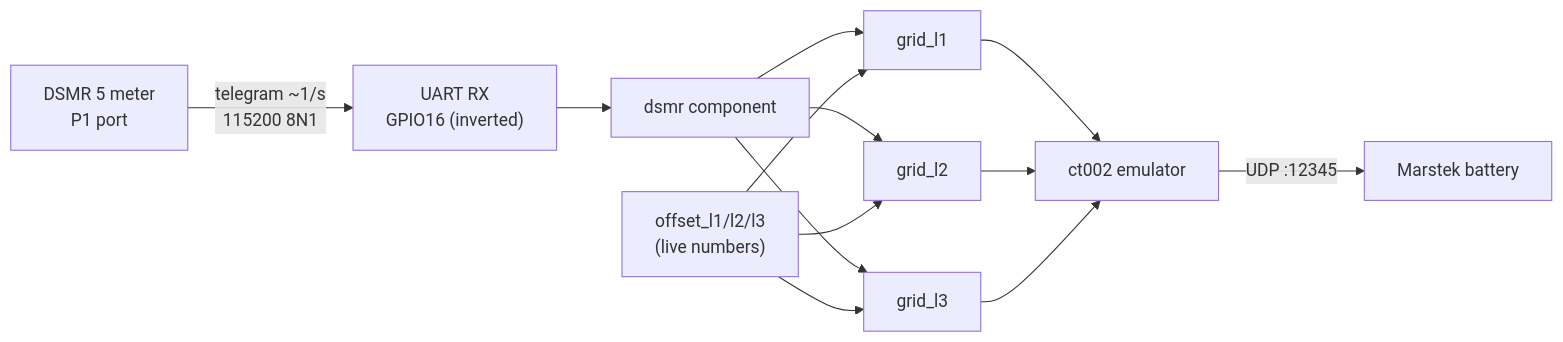
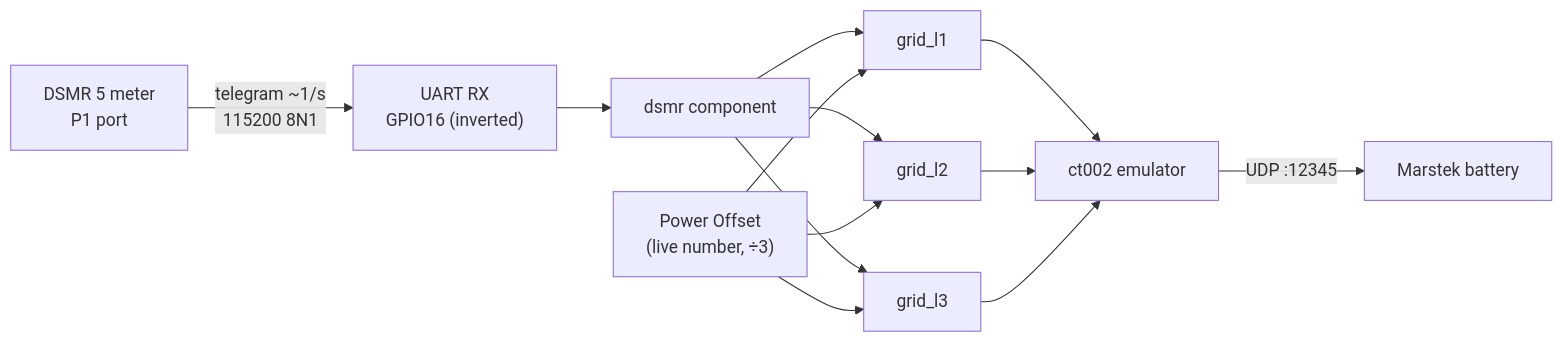
Before and after one commit to Maart3nL/esphome-astrameter-dsmr: the first of 2 diagrams in README.md, drawn with Mermaid. The commit also changed other lines of this file and 2 other files, not shown here.

First line of the commit message:
Replace per-phase offsets with one Power Offset split over L1/L2/L3

````diff
--- a/README.md
+++ b/README.md
@@ -56,13 +56,13 @@
 ```mermaid
 flowchart LR
     MET["DSMR 5 meter<br/>P1 port"] -->|"telegram ~1/s<br/>115200 8N1"| RX["UART RX<br/>GPIO16 (inverted)"]
     RX --> DSMR["dsmr component"]
     DSMR --> L1["grid_l1"]
     DSMR --> L2["grid_l2"]
     DSMR --> L3["grid_l3"]
-    OFF["offset_l1/l2/l3<br/>(live numbers)"] --> L1 & L2 & L3
+    OFF["Power Offset<br/>(live number, ÷3)"] --> L1 & L2 & L3
     L1 --> CT["ct002 emulator"]
     L2 --> CT
     L3 --> CT
     CT -->|"UDP :12345"| BAT["Marstek battery"]
 ```
````
